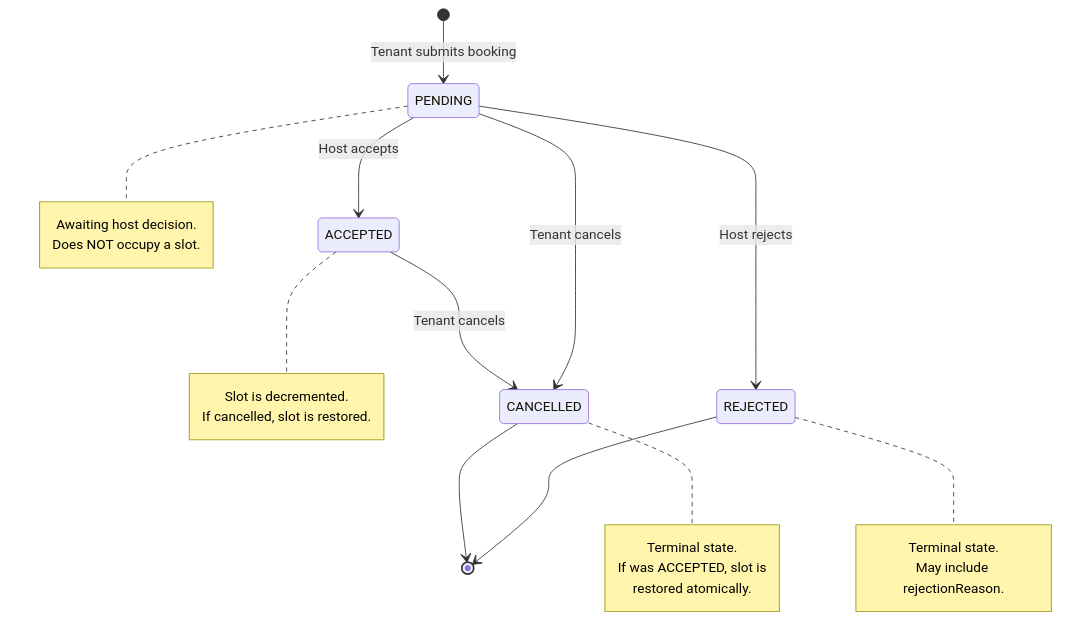
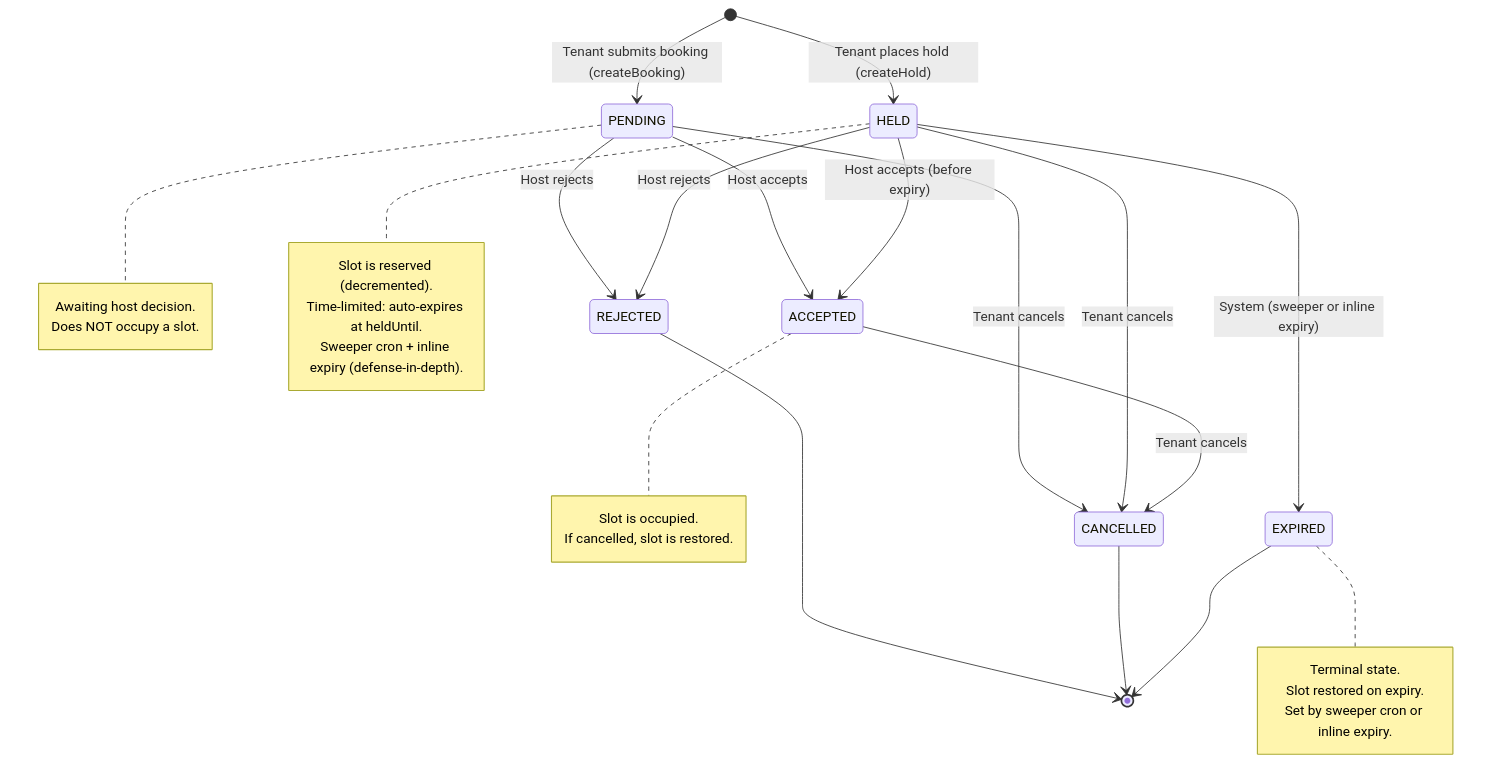
The first of 4 diagrams in docs/STATE_MACHINES.md (Suryateja-byte/Roomshare), drawn with Mermaid before and after one commit. The commit also changed other lines of this file and 35 other files, not shown here.

First line of the commit message:
fix(booking): deep review — 11 fixes hardening multi-slot booking system (#69)

````diff
--- a/docs/STATE_MACHINES.md
+++ b/docs/STATE_MACHINES.md
@@ -42,34 +49,42 @@
 ```mermaid
 stateDiagram-v2
-    [*] --> PENDING: Tenant submits booking
+    [*] --> PENDING: Tenant submits booking (createBooking)
+    [*] --> HELD: Tenant places hold (createHold)
 
     PENDING --> ACCEPTED: Host accepts
     PENDING --> REJECTED: Host rejects
     PENDING --> CANCELLED: Tenant cancels
 
+    HELD --> ACCEPTED: Host accepts (before expiry)
+    HELD --> REJECTED: Host rejects
+    HELD --> CANCELLED: Tenant cancels
+    HELD --> EXPIRED: System (sweeper or inline expiry)
+
     ACCEPTED --> CANCELLED: Tenant cancels
 
     REJECTED --> [*]
     CANCELLED --> [*]
+    EXPIRED --> [*]
 
     note right of PENDING
         Awaiting host decision.
         Does NOT occupy a slot.
     end note
 
+    note right of HELD
+        Slot is reserved (decremented).
+        Time-limited: auto-expires at heldUntil.
+        Sweeper cron + inline expiry (defense-in-depth).
+    end note
+
     note right of ACCEPTED
-        Slot is decremented.
+        Slot is occupied.
         If cancelled, slot is restored.
     end note
 
-    note right of REJECTED
+    note right of EXPIRED
         Terminal state.
-        May include rejectionReason.
-    end note
-
-    note right of CANCELLED
-        Terminal state.
-        If was ACCEPTED, slot is
-        restored atomically.
+        Slot restored on expiry.
+        Set by sweeper cron or inline expiry.
     end note
 ```
````
